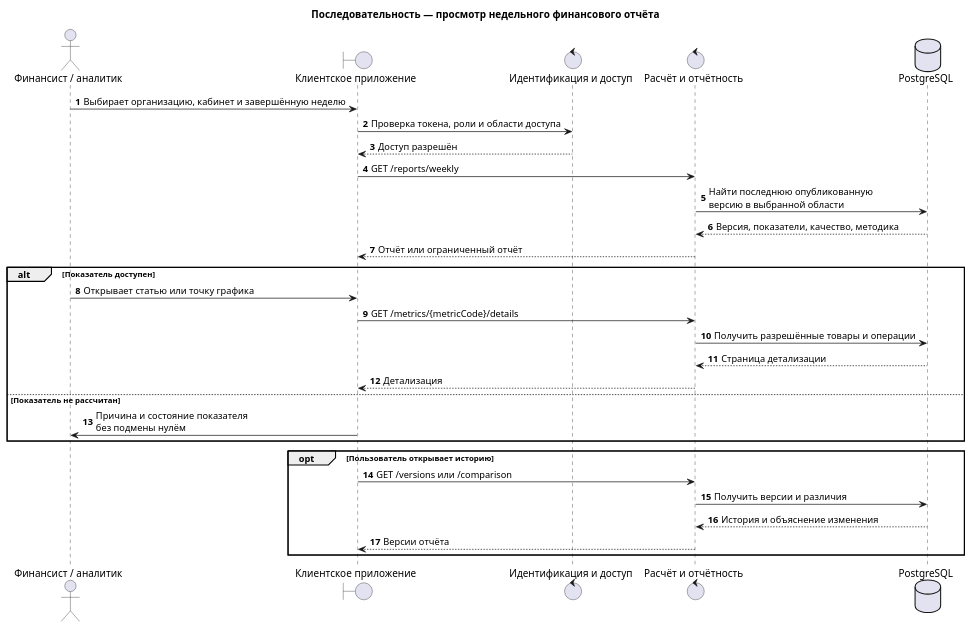
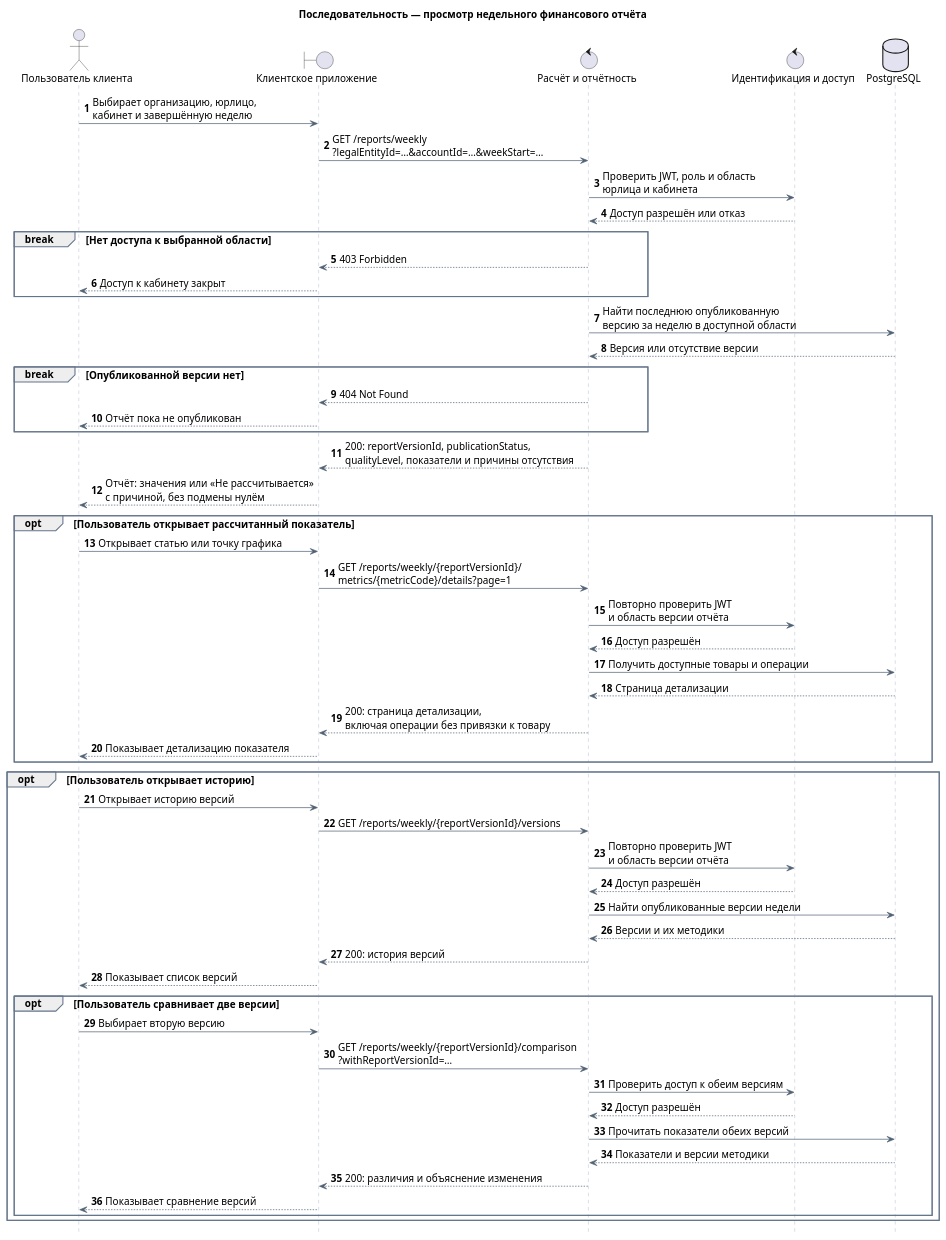
The diagram in docs/architecture/sequence/01-weekly-report-view.puml (onlyuncia/grafio-product-docs), drawn with PlantUML before and after one commit. The commit also changed 152 other files, not shown here.

```diff
--- a/docs/architecture/sequence/01-weekly-report-view.puml
+++ b/docs/architecture/sequence/01-weekly-report-view.puml
@@ -1,35 +1,72 @@
 @startuml
 title Последовательность — просмотр недельного финансового отчёта
 autonumber
+hide footbox
 
-actor "Финансист / аналитик" as User
+skinparam defaultFontName Arial
+skinparam defaultFontSize 14
+skinparam sequence {
+  ArrowColor #526274
+  LifeLineBorderColor #94A3B8
+  ParticipantBackgroundColor #EAF2FC
+  ParticipantBorderColor #5289C2
+  GroupBorderColor #64748B
+  GroupHeaderBackgroundColor #EAF2FC
+}
+
+actor "Пользователь клиента" as User
 boundary "Клиентское приложение" as UI
+control "Расчёт и отчётность" as Reports
 control "Идентификация и доступ" as Access
-control "Расчёт и отчётность" as Reports
 database "PostgreSQL" as DB
 
-User -> UI : Выбирает организацию, кабинет и завершённую неделю
-UI -> Access : Проверка токена, роли и области доступа
-Access --> UI : Доступ разрешён
-UI -> Reports : GET /reports/weekly
-Reports -> DB : Найти последнюю опубликованную\nверсию в выбранной области
-DB --> Reports : Версия, показатели, качество, методика
-Reports --> UI : Отчёт или ограниченный отчёт
+User -> UI : Выбирает организацию, юрлицо,\nкабинет и завершённую неделю
+UI -> Reports : GET /reports/weekly\n?legalEntityId=…&accountId=…&weekStart=…
+Reports -> Access : Проверить JWT, роль и область\nюрлица и кабинета
+Access --> Reports : Доступ разрешён или отказ
+break Нет доступа к выбранной области
+  Reports --> UI : 403 Forbidden
+  UI --> User : Доступ к кабинету закрыт
+end
+Reports -> DB : Найти последнюю опубликованную\nверсию за неделю в доступной области
+DB --> Reports : Версия или отсутствие версии
+break Опубликованной версии нет
+  Reports --> UI : 404 Not Found
+  UI --> User : Отчёт пока не опубликован
+end
+Reports --> UI : 200: reportVersionId, publicationStatus,\nqualityLevel, показатели и причины отсутствия
+UI --> User : Отчёт: значения или «Не рассчитывается»\nс причиной, без подмены нулём
 
-alt Показатель доступен
+opt Пользователь открывает рассчитанный показатель
   User -> UI : Открывает статью или точку графика
-  UI -> Reports : GET /metrics/{metricCode}/details
-  Reports -> DB : Получить разрешённые товары и операции
+  UI -> Reports : GET /reports/weekly/{reportVersionId}/\nmetrics/{metricCode}/details?page=1
+  Reports -> Access : Повторно проверить JWT\nи область версии отчёта
+  Access --> Reports : Доступ разрешён
+  Reports -> DB : Получить доступные товары и операции
   DB --> Reports : Страница детализации
-  Reports --> UI : Детализация
-else Показатель не рассчитан
-  UI -> User : Причина и состояние показателя\nбез подмены нулём
+  Reports --> UI : 200: страница детализации,\nвключая операции без привязки к товару
+  UI --> User : Показывает детализацию показателя
 end
 
 opt Пользователь открывает историю
-  UI -> Reports : GET /versions или /comparison
-  Reports -> DB : Получить версии и различия
-  DB --> Reports : История и объяснение изменения
-  Reports --> UI : Версии отчёта
+  User -> UI : Открывает историю версий
+  UI -> Reports : GET /reports/weekly/{reportVersionId}/versions
+  Reports -> Access : Повторно проверить JWT\nи область версии отчёта
+  Access --> Reports : Доступ разрешён
+  Reports -> DB : Найти опубликованные версии недели
+  DB --> Reports : Версии и их методики
+  Reports --> UI : 200: история версий
+  UI --> User : Показывает список версий
+
+  opt Пользователь сравнивает две версии
+    User -> UI : Выбирает вторую версию
+    UI -> Reports : GET /reports/weekly/{reportVersionId}/comparison\n?withReportVersionId=…
+    Reports -> Access : Проверить доступ к обеим версиям
+    Access --> Reports : Доступ разрешён
+    Reports -> DB : Прочитать показатели обеих версий
+    DB --> Reports : Показатели и версии методики
+    Reports --> UI : 200: различия и объяснение изменения
+    UI --> User : Показывает сравнение версий
+  end
 end
 @enduml
```
